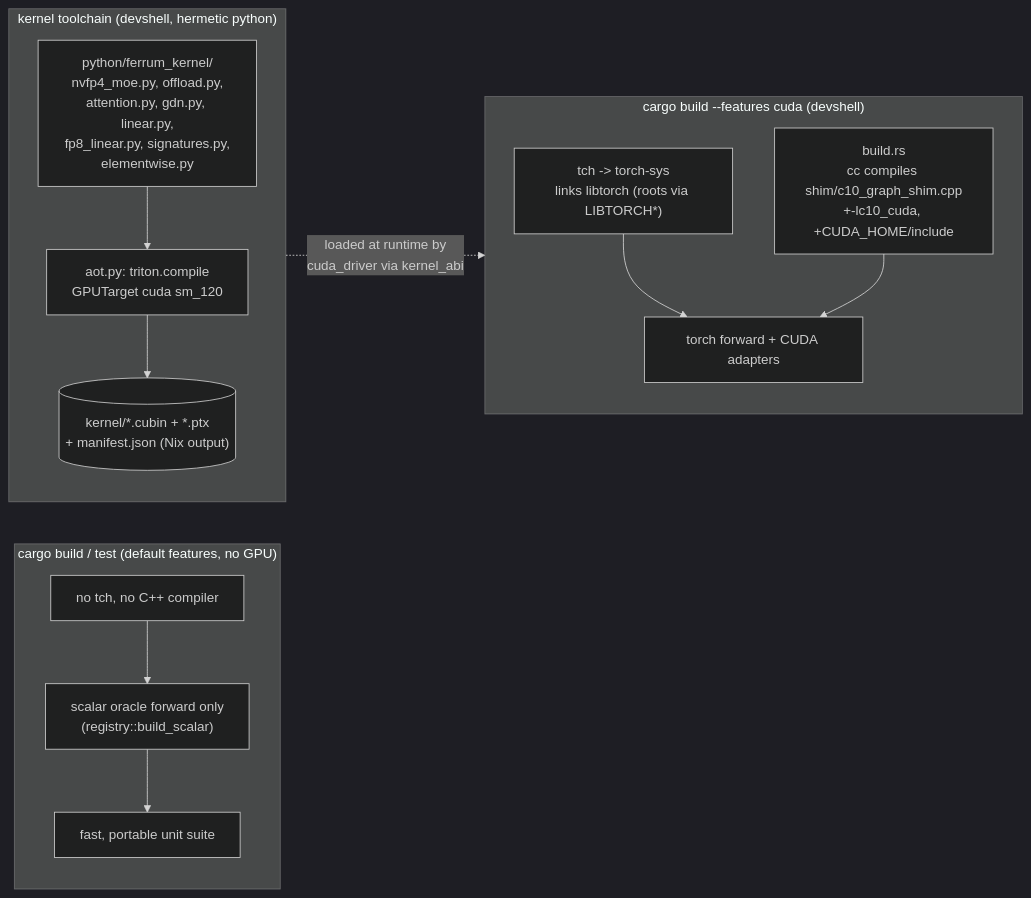
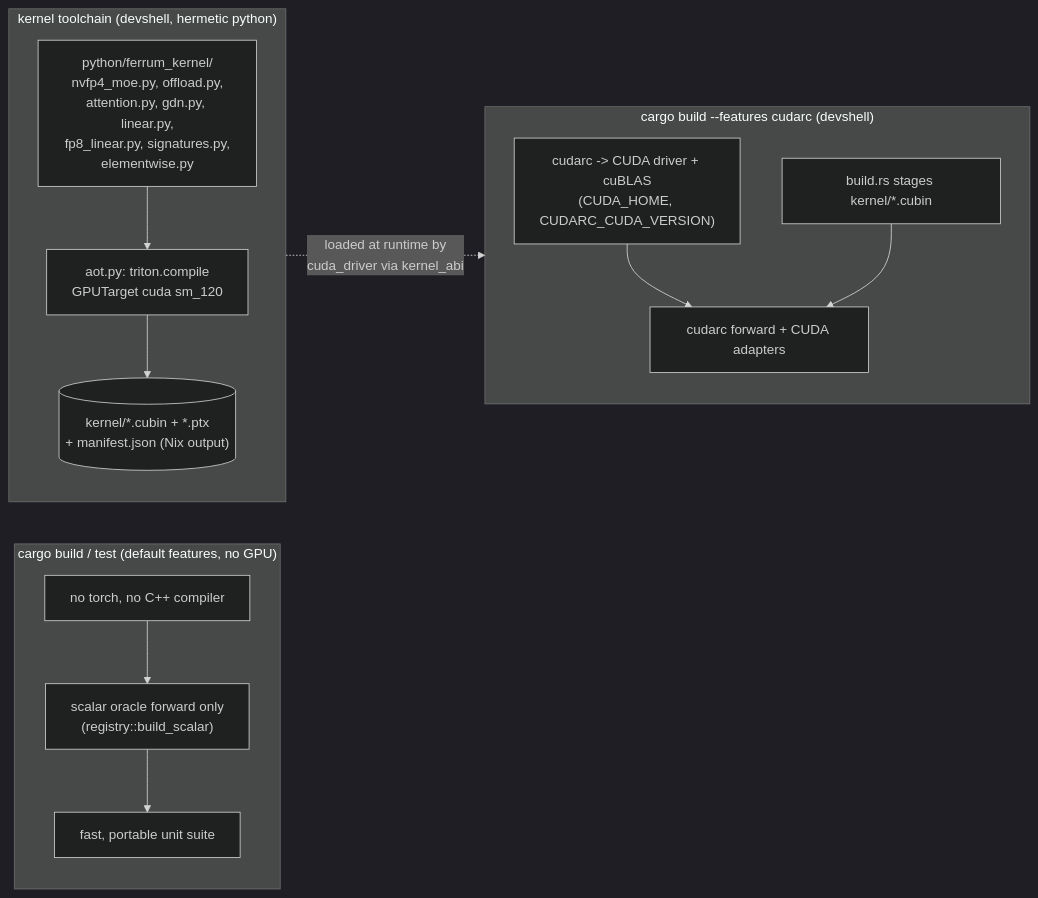
The second of 15 diagrams in ARCHITECTURE.md (butzist/ferrum-torrens), drawn with Mermaid (dark theme) before and after one commit. The commit also changed other lines of this file and 65 other files, not shown here.

Commit message:
refactor(m7): remove the tch and libtorch runtime

````diff
--- a/ARCHITECTURE.md
+++ b/ARCHITECTURE.md
@@ -179,27 +171,27 @@
 ```mermaid
 flowchart LR
   subgraph CPUBuild["cargo build / test (default features, no GPU)"]
-    C1["no tch, no C++ compiler"] --> C2["scalar oracle forward only\n(registry::build_scalar)"]
+    C1["no torch, no C++ compiler"] --> C2["scalar oracle forward only\n(registry::build_scalar)"]
     C2 --> C3["fast, portable unit suite"]
   end
 
-  subgraph CudaBuild["cargo build --features cuda (devshell)"]
+  subgraph CudaBuild["cargo build --features cudarc (devshell)"]
     direction TB
-    G1["tch -> torch-sys\nlinks libtorch (roots via LIBTORCH*)"]
-    G2["build.rs\ncc compiles shim/c10_graph_shim.cpp\n+-lc10_cuda, +CUDA_HOME/include"]
-    G3["torch forward + CUDA adapters"]
+    G1["cudarc -> CUDA driver + cuBLAS\n(CUDA_HOME, CUDARC_CUDA_VERSION)"]
+    G2["build.rs stages kernel/*.cubin"]
+    G3["cudarc forward + CUDA adapters"]
     G1 --> G3
     G2 --> G3
   end
 
   subgraph KernelAOT["kernel toolchain (devshell, hermetic python)"]
     direction TB
     K1["python/ferrum_kernel/\nnvfp4_moe.py, offload.py,\nattention.py, gdn.py, linear.py,\nfp8_linear.py, signatures.py,
 elementwise.py"]
     K2["aot.py: triton.compile\nGPUTarget cuda sm_120"]
     K3[("kernel/*.cubin + *.ptx\n+ manifest.json (Nix output)")]
     K1 --> K2 --> K3
   end
 
   K3 -. "loaded at runtime by\ncuda_driver via kernel_abi" .-> G3
 ```
````
